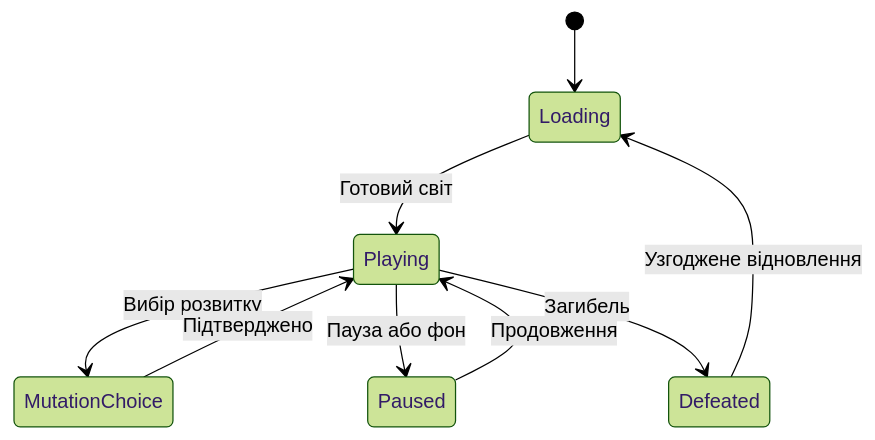
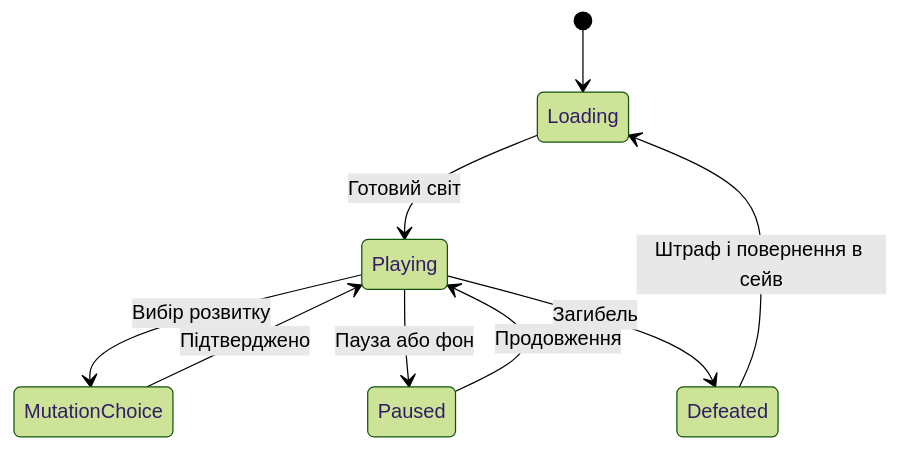
One commit to legioner666/Game- changed the diagram in docs/parasite-evolution/03_CORE_LOOP_AND_CONTROLS.md. Above: the diagram before and after it, drawn with Mermaid (forest theme). The commit also changed other lines of this file and 15 other files, not shown here.

````diff
--- a/docs/parasite-evolution/03_CORE_LOOP_AND_CONTROLS.md
+++ b/docs/parasite-evolution/03_CORE_LOOP_AND_CONTROLS.md
@@ -29,11 +29,11 @@
 ```mermaid
 stateDiagram-v2
     [*] --> Loading
     Loading --> Playing: Готовий світ
     Playing --> MutationChoice: Вибір розвитку
     MutationChoice --> Playing: Підтверджено
     Playing --> Paused: Пауза або фон
     Paused --> Playing: Продовження
     Playing --> Defeated: Загибель
-    Defeated --> Loading: Узгоджене відновлення
+    Defeated --> Loading: Штраф і повернення в сейв
 ```
````
